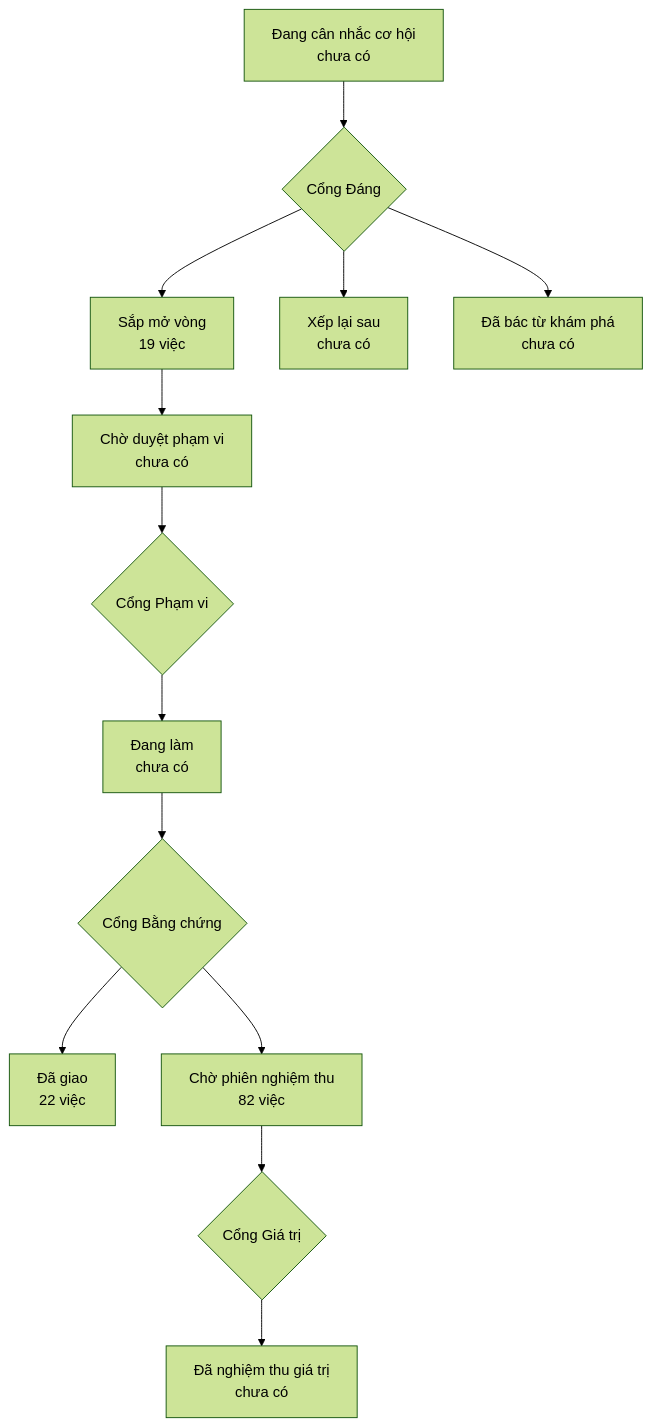
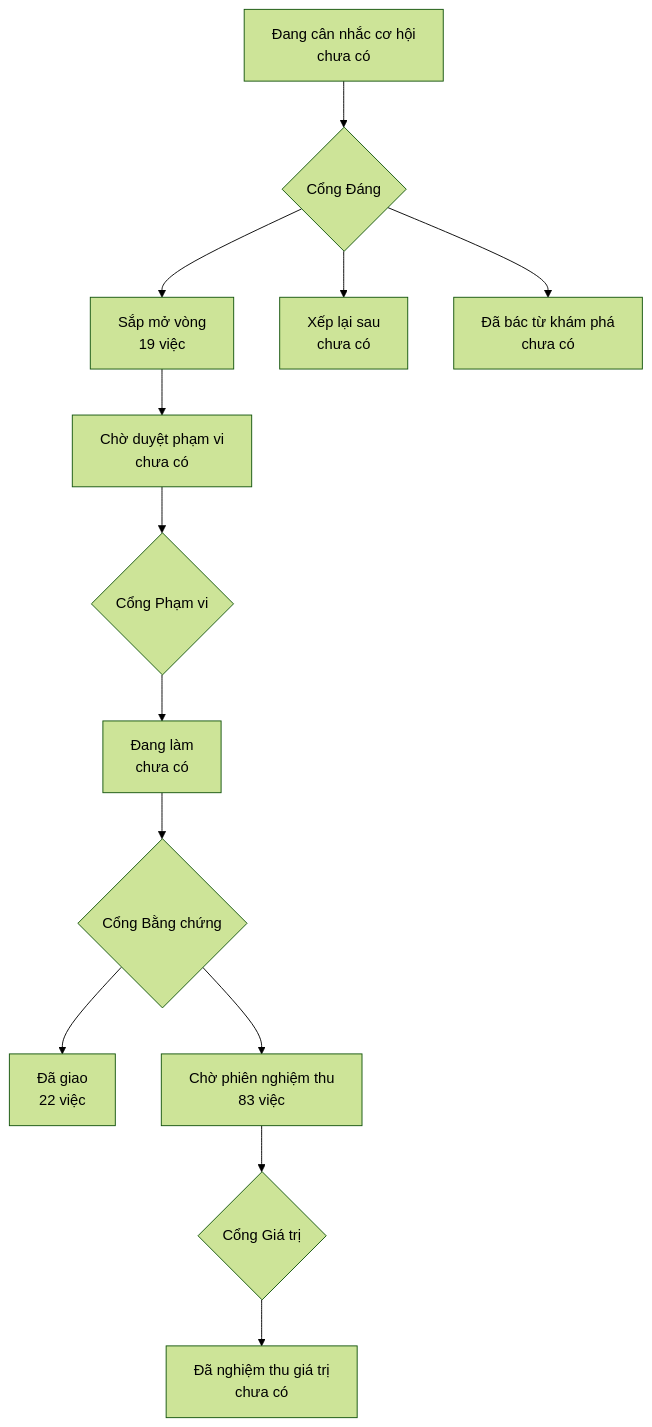
Before and after one commit to phanlemanh/onehub-quy-hang: the diagram in PRODUCT-MAP.md, drawn with Mermaid (forest theme). The commit also changed other lines of this file and 1 other file, not shown here.

Commit message:
chore: vẽ lại bản đồ sản phẩm và lộ trình sau khi gộp main

````diff
--- a/PRODUCT-MAP.md
+++ b/PRODUCT-MAP.md
@@ -7,12 +7,12 @@
 ```mermaid
 flowchart TD
   A["Đang cân nhắc cơ hội<br/>chưa có"] --> GD{"Cổng Đáng"}
   GD --> B["Sắp mở vòng<br/>19 việc"]
   GD --> XL["Xếp lại sau<br/>chưa có"]
   GD --> DB["Đã bác từ khám phá<br/>chưa có"]
   B --> CD["Chờ duyệt phạm vi<br/>chưa có"] --> GP{"Cổng Phạm vi"}
   GP --> DL["Đang làm<br/>chưa có"] --> GB{"Cổng Bằng chứng"}
   GB --> DG["Đã giao<br/>22 việc"]
-  GB --> CN["Chờ phiên nghiệm thu<br/>82 việc"] --> GG{"Cổng Giá trị"}
+  GB --> CN["Chờ phiên nghiệm thu<br/>83 việc"] --> GG{"Cổng Giá trị"}
   GG --> NT["Đã nghiệm thu giá trị<br/>chưa có"]
 ```
````
